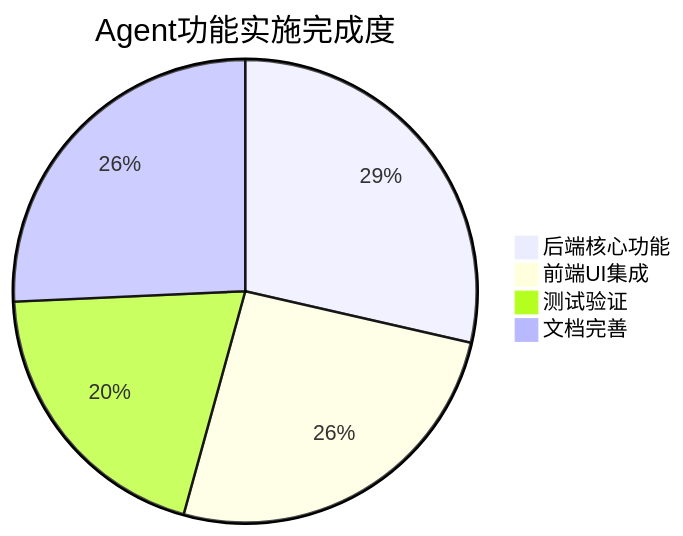
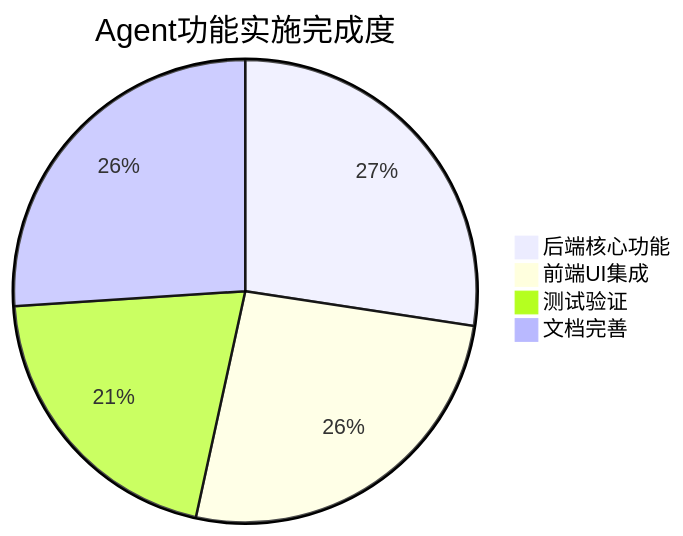
One commit to alin776/ai_writer changed diagram 24 of 25 in AI写作平台Agent化改造方案.md. Above: the diagram before and after it, drawn with Mermaid. The commit also changed other lines of this file and 65 other files, not shown here.

````diff
--- a/AI写作平台Agent化改造方案.md
+++ b/AI写作平台Agent化改造方案.md
@@ -1725,7 +1725,7 @@
 ```mermaid
 pie title Agent功能实施完成度
     "后端核心功能" : 100
-    "前端UI集成" : 90
-    "测试验证" : 70
-    "文档完善" : 90
+    "前端UI集成" : 95
+    "测试验证" : 75
+    "文档完善" : 95
 ```
````
